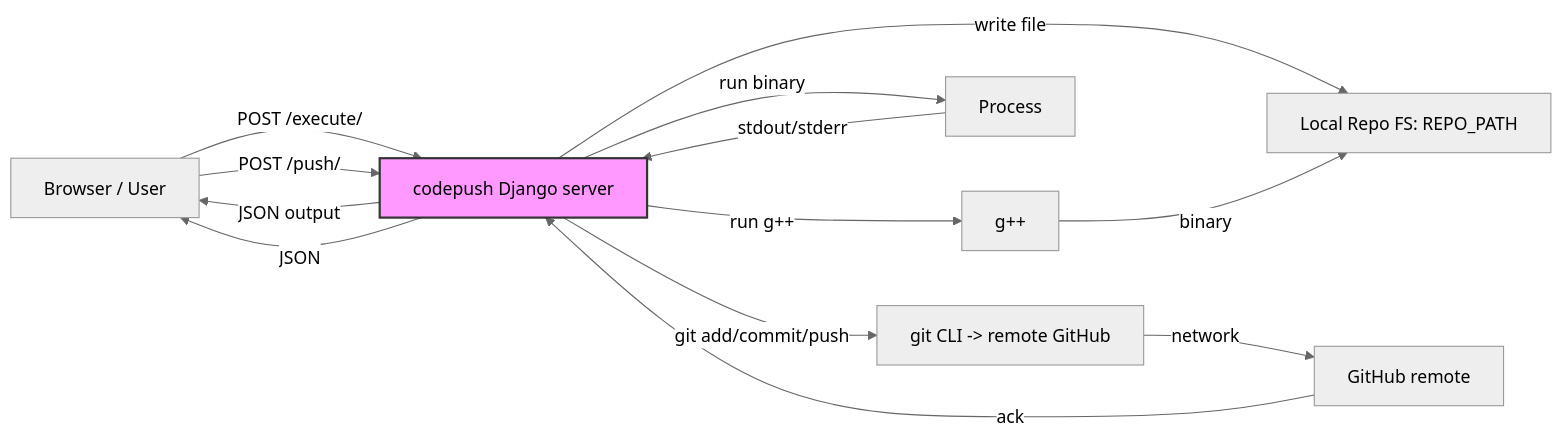
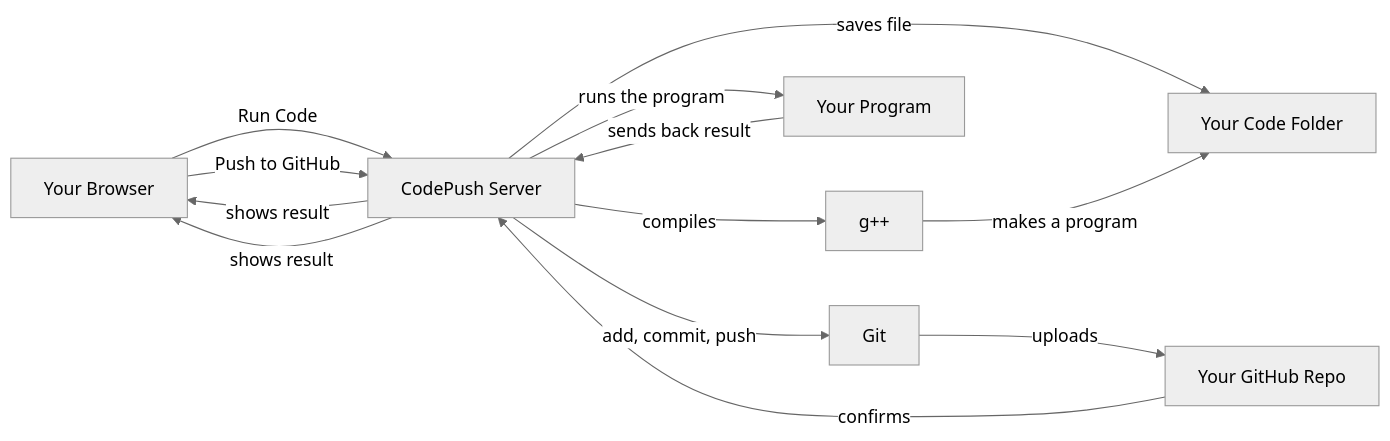
One commit to Ishan1923/codepush changed the diagram in README.md. Above: the diagram before and after it, drawn with Mermaid (neutral theme). The commit also changed other lines of this file, not shown here.

````diff
--- a/README.md
+++ b/README.md
@@ -141,19 +153,17 @@
 ```mermaid
 flowchart LR
-  Browser[Browser / User]
-  Browser -->|POST /execute/| Django[codepush Django server]
-  Django -->|write file| FS[Local Repo FS: REPO_PATH]
-  Django -->|run g++| Compiler[g++]
-  Compiler -->|binary| FS
-  Django -->|run binary| Runner[Process]
-  Runner -->|stdout/stderr| Django
-  Django -->|JSON output| Browser
+  Browser[Your Browser]
+  Browser -->|Run Code| Server[CodePush Server]
+  Server -->|saves file| Folder[Your Code Folder]
+  Server -->|compiles| GCC[g++]
+  GCC -->|makes a program| Folder
+  Server -->|runs the program| Program[Your Program]
+  Program -->|sends back result| Server
+  Server -->|shows result| Browser
 
-  Browser -->|POST /push/| Django
-  Django -->|git add/commit/push| Git[git CLI -> remote GitHub]
-  Git -->|network| GitHub[GitHub remote]
-  GitHub -->|ack| Django
-  Django -->|JSON| Browser
-
-  style Django fill:#f9f,stroke:#333,stroke-width:2px
+  Browser -->|Push to GitHub| Server
+  Server -->|add, commit, push| Git[Git]
+  Git -->|uploads| GitHub[Your GitHub Repo]
+  GitHub -->|confirms| Server
+  Server -->|shows result| Browser
 ```
````
